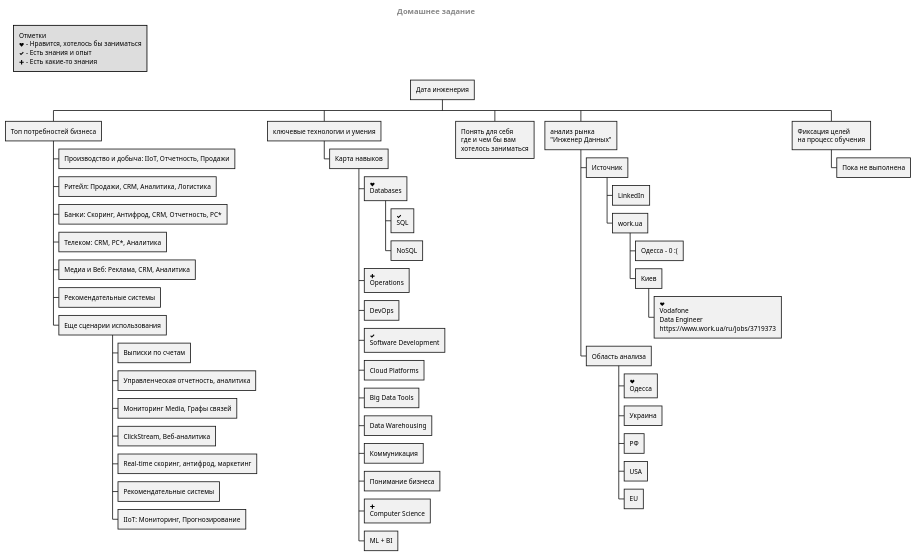
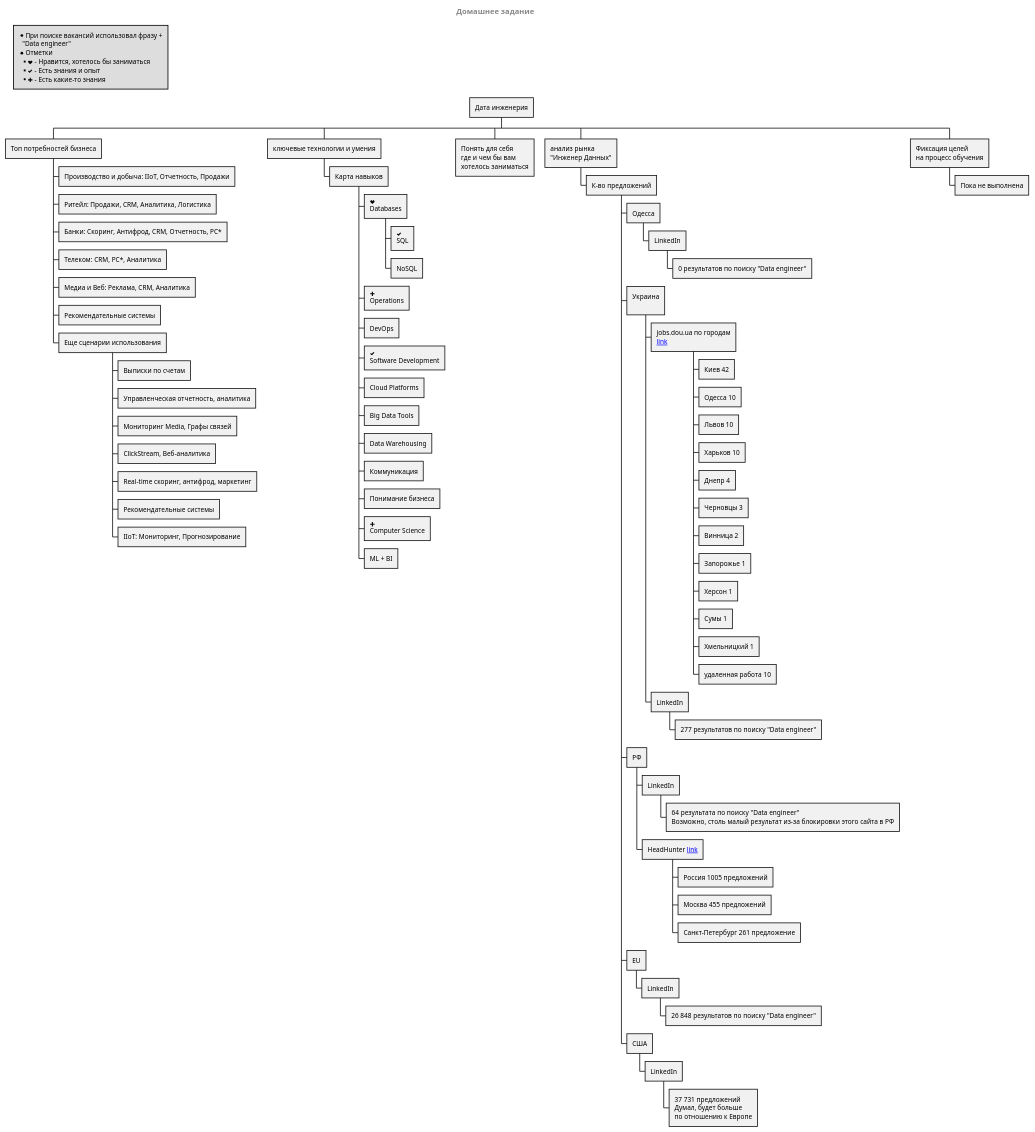
The diagram in home_exercises/ex1/diagram1.puml (tol2000/dataengineerclub), drawn with PlantUML before and after one commit. The commit also changed 1 other file, not shown here.

```diff
--- a/home_exercises/ex1/diagram1.puml
+++ b/home_exercises/ex1/diagram1.puml
@@ -1,69 +1,90 @@
 @startwbs
 
 centerheader
 = Домашнее задание
 endheader
 
 legend top left
-Отметки
-<&heart> - Нравится, хотелось бы заниматься
-<&check> - Есть знания и опыт
-<&plus> - Есть какие-то знания
+* При поиске вакансий использовал фразу +
+  "Data engineer"
+* Отметки
+** <&heart> - Нравится, хотелось бы заниматься
+** <&check> - Есть знания и опыт
+** <&plus> - Есть какие-то знания
 endlegend
 
 * Дата инженерия
 
 ** Топ потребностей бизнеса
 *** Производство и добыча: IIoT, Отчетность, Продажи
 *** Ритейл: Продажи, CRM, Аналитика, Логистика
 *** Банки: Скоринг, Антифрод, CRM, Отчетность, РС*
 *** Телеком: CRM, РС*, Аналитика
 *** Медиа и Веб: Реклама, CRM, Аналитика
 *** Рекомендательные системы
 *** Еще сценарии использования
 **** Выписки по счетам
 **** Управленческая отчетность, аналитика
 **** Мониторинг Media, Графы связей
 **** ClickStream, Веб-аналитика
 **** Real-time скоринг, антифрод, маркетинг
 **** Рекомендательные системы
 **** IIoT: Мониторинг, Прогнозирование
 
-
 ** ключевые технологии и умения
 *** Карта навыков
 **** <&heart>\nDatabases
 ***** <&check>\nSQL
 ***** NoSQL
 **** <&plus>\nOperations
 **** DevOps
 **** <&check>\nSoftware Development
 **** Cloud Platforms
 **** Big Data Tools
 **** Data Warehousing
 **** Коммуникация
 **** Понимание бизнеса
 **** <&plus>\nComputer Science
 **** ML + BI
 
-
 ** Понять для себя\nгде и чем бы вам\nхотелось заниматься
 
 ** анализ рынка\n"Инженер Данных"
-*** Источник
-**** LinkedIn
-**** work.ua
-***** Одесса - 0 :(
-***** Киев
-****** <&heart>\nVodafone\nData Engineer\nhttps://www.work.ua/ru/jobs/3719373
-*** Область анализа
-**** <&heart>\nОдесса
-**** Украина
+*** К-во предложений
+**** Одесса
+***** LinkedIn
+****** 0 результатов по поиску "Data engineer"
+**** Украина\n
+***** jobs.dou.ua по городам\n[[link:https://jobs.dou.ua/vacancies/?category=Data+Science&search=Data+engineer&descr=1 link]]
+****** Киев 42
+****** Одесса 10
+****** Львов 10
+****** Харьков 10
+****** Днепр 4
+****** Черновцы 3
+****** Винница 2
+****** Запорожье 1
+****** Херсон 1
+****** Сумы 1
+****** Хмельницкий 1
+****** удаленная работа 10
+***** LinkedIn
+****** 277 результатов по поиску "Data engineer"
 **** РФ
-**** USA
+***** LinkedIn
+******  64 результата по поиску "Data engineer"\nВозможно, столь малый результат из-за блокировки этого сайта в РФ
+***** HeadHunter [[https://hh.ru/search/vacancy?area=1&st=searchVacancy&text=Data+engineer link]]
+****** Россия 1005 предложений
+****** Москва 455 предложений
+****** Санкт-Петербург 261 предложение
 **** EU
+***** LinkedIn
+****** 26 848 результатов по поиску "Data engineer"
+**** США
+***** LinkedIn
+****** 37 731 предложений\nДумал, будет больше\nпо отношению к Европе
 
 ** Фиксация целей\nна процесс обучения
 *** Пока не выполнена
 
 @endwbs
```
